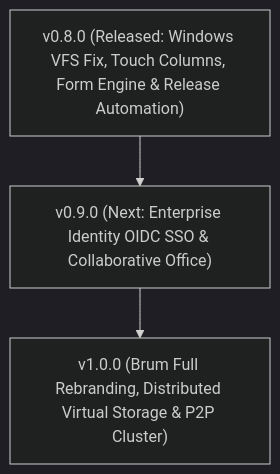
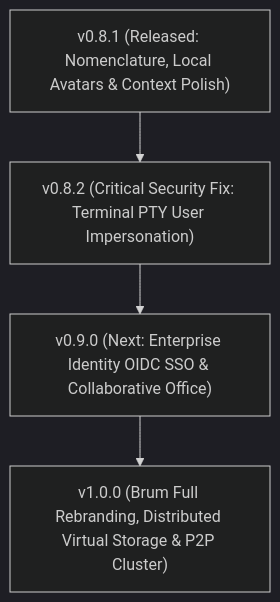
Before and after one commit to Woofson/brum: the diagram in ROADMAP.md, drawn with Mermaid (dark theme). The commit also changed other lines of this file and 77 other files, not shown here.

````diff
--- a/ROADMAP.md
+++ b/ROADMAP.md
@@ -97,5 +97,6 @@
 ```mermaid
 graph TD
-    A["v0.8.0 (Released: Windows VFS Fix, Touch Columns, Form Engine & Release Automation)"] --> B["v0.9.0 (Next: Enterprise Identity OIDC SSO & Collaborative Office)"]
-    B --> C["v1.0.0 (Brum Full Rebranding, Distributed Virtual Storage & P2P Cluster)"]
+    A["v0.8.1 (Released: Nomenclature, Local Avatars & Context Polish)"] --> B["v0.8.2 (Critical Security Fix: Terminal PTY User Impersonation)"]
+    B --> C["v0.9.0 (Next: Enterprise Identity OIDC SSO & Collaborative Office)"]
+    C --> D["v1.0.0 (Brum Full Rebranding, Distributed Virtual Storage & P2P Cluster)"]
 ```
````
